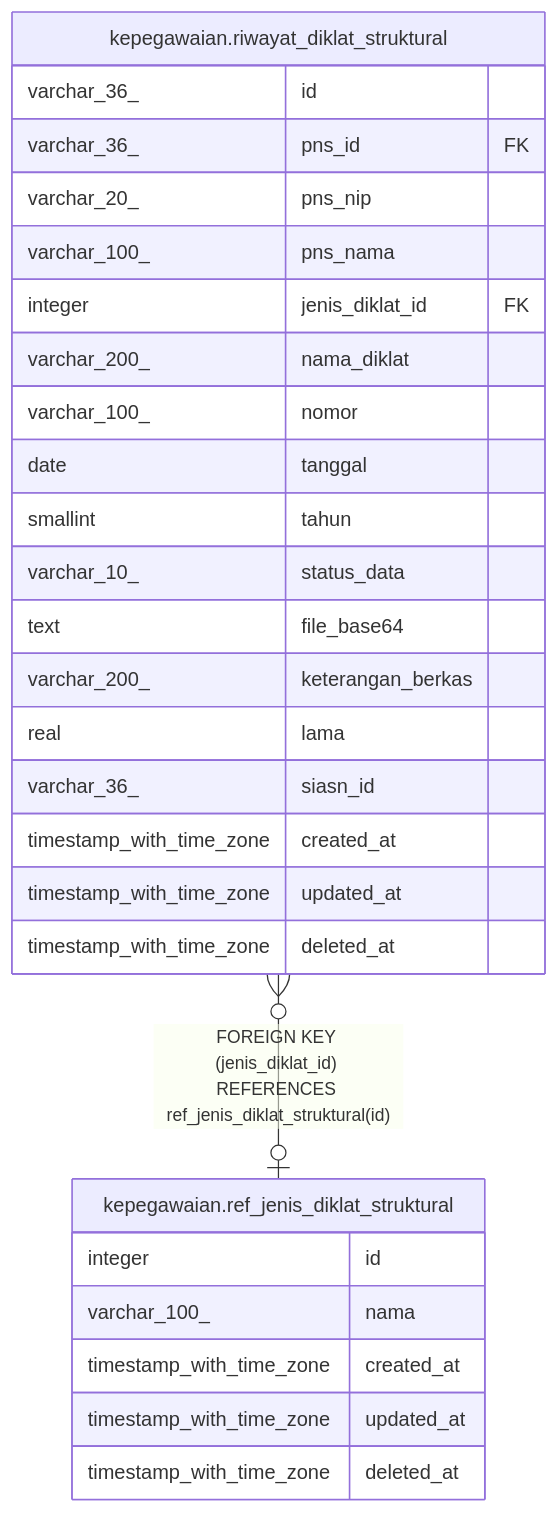
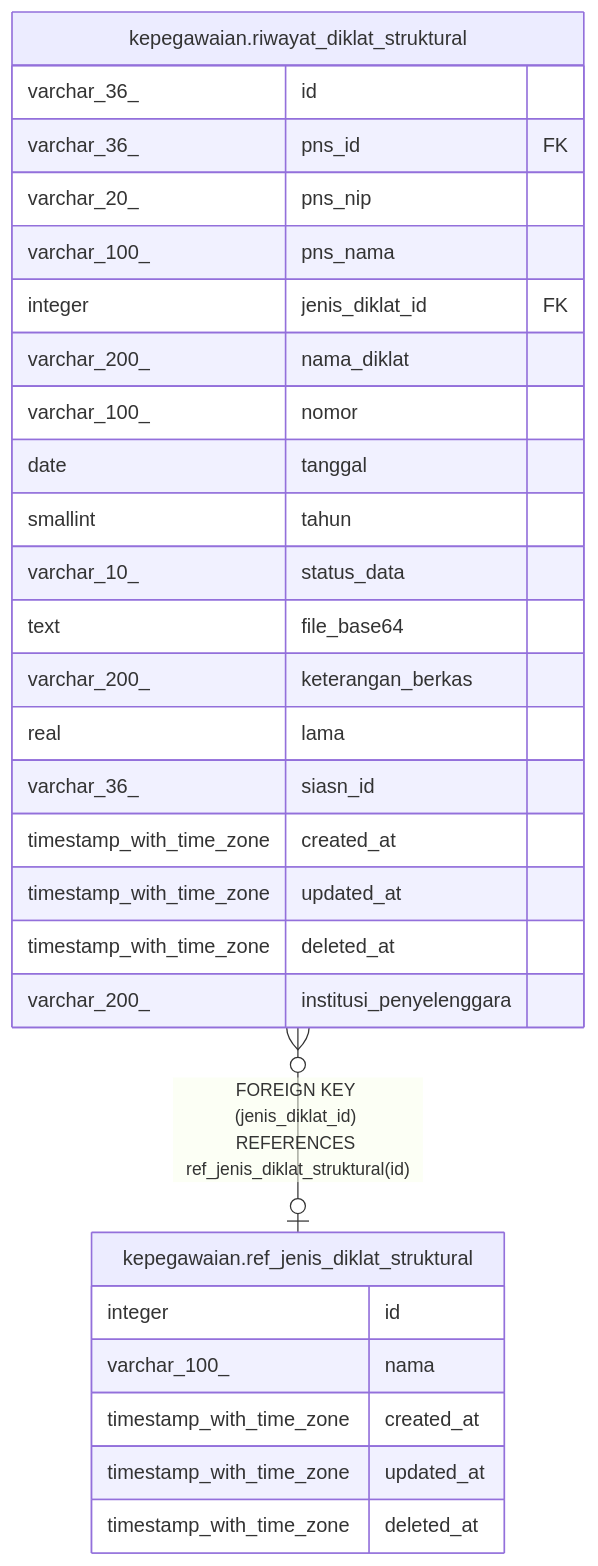
The diagram in services/kepegawaian/docs/db/kepegawaian.ref_jenis_diklat_struktural.md (nandanugg/triforce.nvim), drawn with Mermaid before and after one commit. The commit also changed 35 other files, not shown here.

````diff
--- a/services/kepegawaian/docs/db/kepegawaian.ref_jenis_diklat_struktural.md
+++ b/services/kepegawaian/docs/db/kepegawaian.ref_jenis_diklat_struktural.md
@@ -31,32 +31,33 @@
 ```mermaid
 erDiagram
 
 "kepegawaian.riwayat_diklat_struktural" }o--o| "kepegawaian.ref_jenis_diklat_struktural" : "FOREIGN KEY (jenis_diklat_id) REFERENCES ref_jenis_diklat_struktural(id)"
 
 "kepegawaian.ref_jenis_diklat_struktural" {
   integer id
   varchar_100_ nama
   timestamp_with_time_zone created_at
   timestamp_with_time_zone updated_at
   timestamp_with_time_zone deleted_at
 }
 "kepegawaian.riwayat_diklat_struktural" {
   varchar_36_ id
   varchar_36_ pns_id FK
   varchar_20_ pns_nip
   varchar_100_ pns_nama
   integer jenis_diklat_id FK
   varchar_200_ nama_diklat
   varchar_100_ nomor
   date tanggal
   smallint tahun
   varchar_10_ status_data
   text file_base64
   varchar_200_ keterangan_berkas
   real lama
   varchar_36_ siasn_id
   timestamp_with_time_zone created_at
   timestamp_with_time_zone updated_at
   timestamp_with_time_zone deleted_at
+  varchar_200_ institusi_penyelenggara
 }
 ```
````
